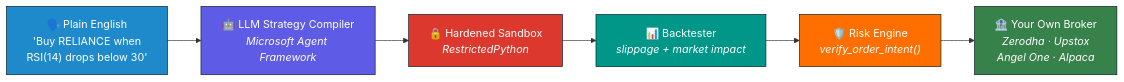
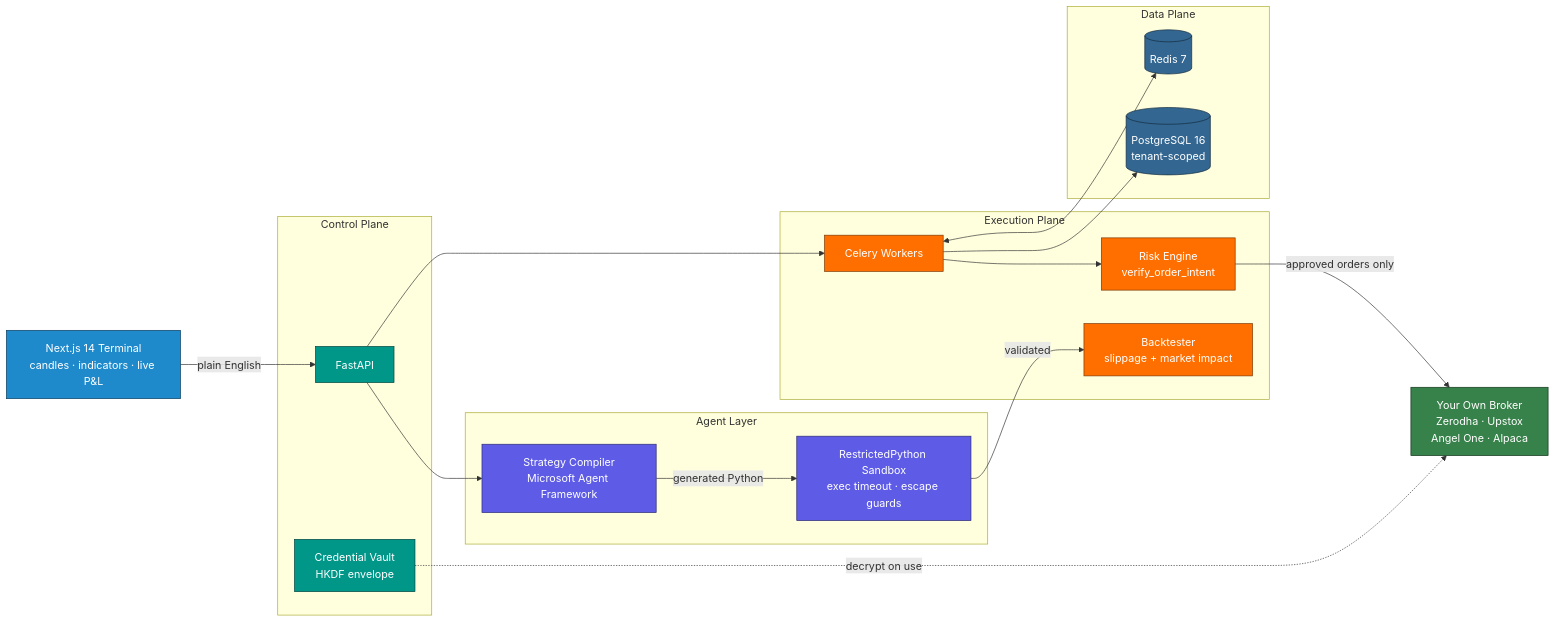
The diagram in README.md (Algo-Ankit/Algo-Ankit), drawn with Mermaid before and after one commit. The commit also changed other lines of this file, not shown here.

````diff
--- a/README.md
+++ b/README.md
@@ -46,15 +46,52 @@
 ```mermaid
 flowchart LR
-    A["🗣️ Plain English<br/>'Buy RELIANCE when<br/>RSI(14) drops below 30'"] --> B["🤖 LLM Strategy Compiler<br/><i>Microsoft Agent Framework</i>"]
-    B --> C["🔒 Hardened Sandbox<br/><i>RestrictedPython</i>"]
-    C --> D["📊 Backtester<br/><i>slippage + market impact</i>"]
-    D --> E["🛡️ Risk Engine<br/><i>verify_order_intent()</i>"]
-    E --> F["🏦 Your Own Broker<br/><i>Zerodha · Upstox<br/>Angel One · Alpaca</i>"]
+    UI["Next.js 14 Terminal<br/>candles · indicators · live P&amp;L"]
 
-    style A fill:#1F8ACB,stroke:#0F2027,color:#fff
-    style B fill:#5E5CE6,stroke:#0F2027,color:#fff
-    style C fill:#DC382D,stroke:#0F2027,color:#fff
-    style D fill:#009688,stroke:#0F2027,color:#fff
-    style E fill:#FF6F00,stroke:#0F2027,color:#fff
-    style F fill:#37814A,stroke:#0F2027,color:#fff
+    subgraph CONTROL["Control Plane"]
+        API["FastAPI"]
+        VAULT["Credential Vault<br/>HKDF envelope"]
+    end
+
+    subgraph AGENT["Agent Layer"]
+        LLM["Strategy Compiler<br/>Microsoft Agent Framework"]
+        SBX["RestrictedPython Sandbox<br/>exec timeout · escape guards"]
+    end
+
+    subgraph EXEC["Execution Plane"]
+        CELERY["Celery Workers"]
+        BT["Backtester<br/>slippage + market impact"]
+        RISK["Risk Engine<br/>verify_order_intent"]
+    end
+
+    subgraph DATA["Data Plane"]
+        PG[("PostgreSQL 16<br/>tenant-scoped")]
+        RD[("Redis 7")]
+    end
+
+    BROKER["Your Own Broker<br/>Zerodha · Upstox<br/>Angel One · Alpaca"]
+
+    UI -->|"plain English"| API
+    API --> LLM
+    LLM -->|"generated Python"| SBX
+    SBX -->|"validated"| BT
+    API --> CELERY
+    CELERY --> RISK
+    RISK -->|"approved orders only"| BROKER
+    VAULT -.->|"decrypt on use"| BROKER
+    CELERY --> PG
+    CELERY <--> RD
+
+    classDef client fill:#1F8ACB,stroke:#0B3C5D,color:#fff
+    classDef control fill:#009688,stroke:#00443F,color:#fff
+    classDef agent fill:#5E5CE6,stroke:#2A2870,color:#fff
+    classDef exec fill:#FF6F00,stroke:#7A3500,color:#fff
+    classDef data fill:#336791,stroke:#12293D,color:#fff
+    classDef broker fill:#37814A,stroke:#12331D,color:#fff
+
+    class UI client
+    class API,VAULT control
+    class LLM,SBX agent
+    class CELERY,RISK,BT exec
+    class PG,RD data
+    class BROKER broker
 ```
````
